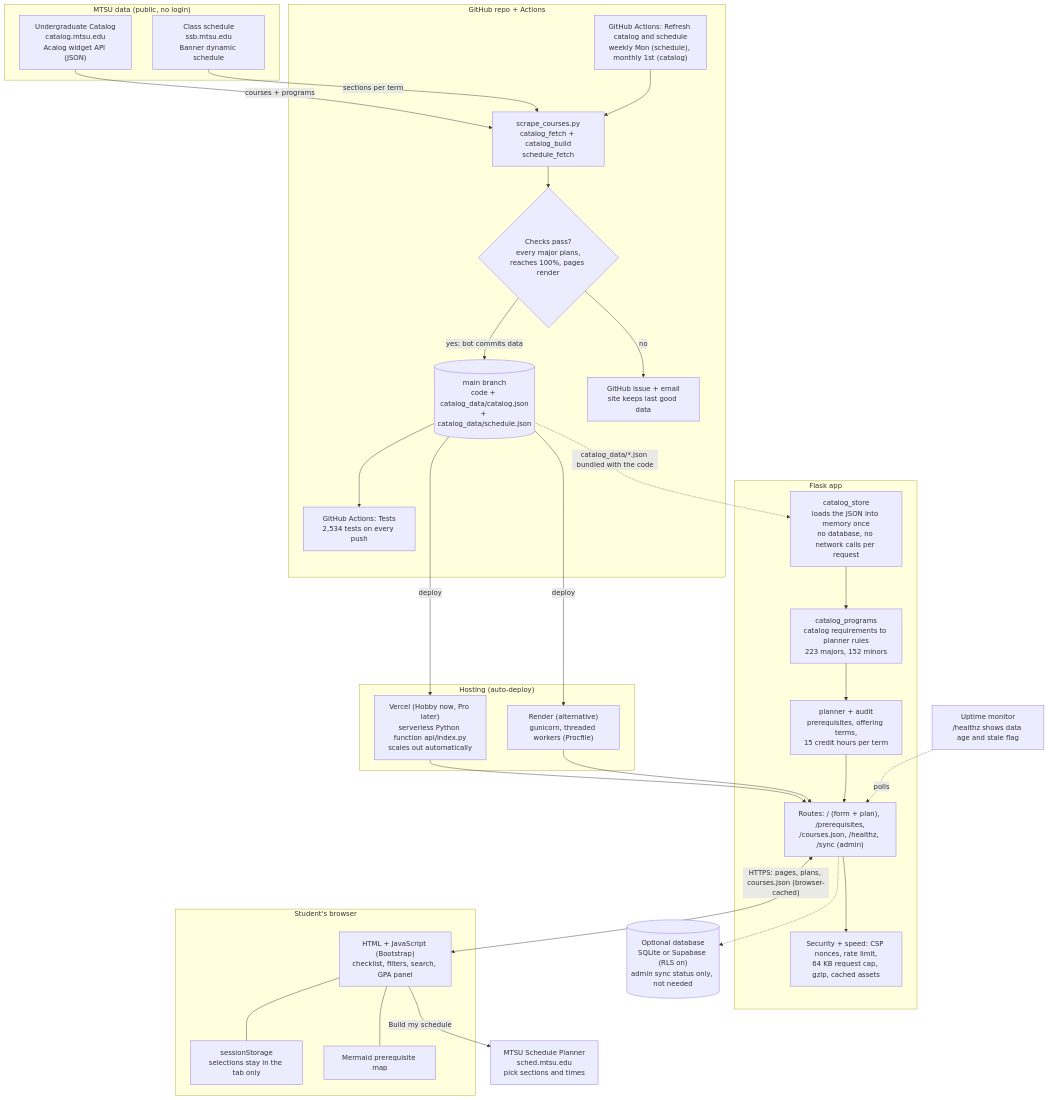
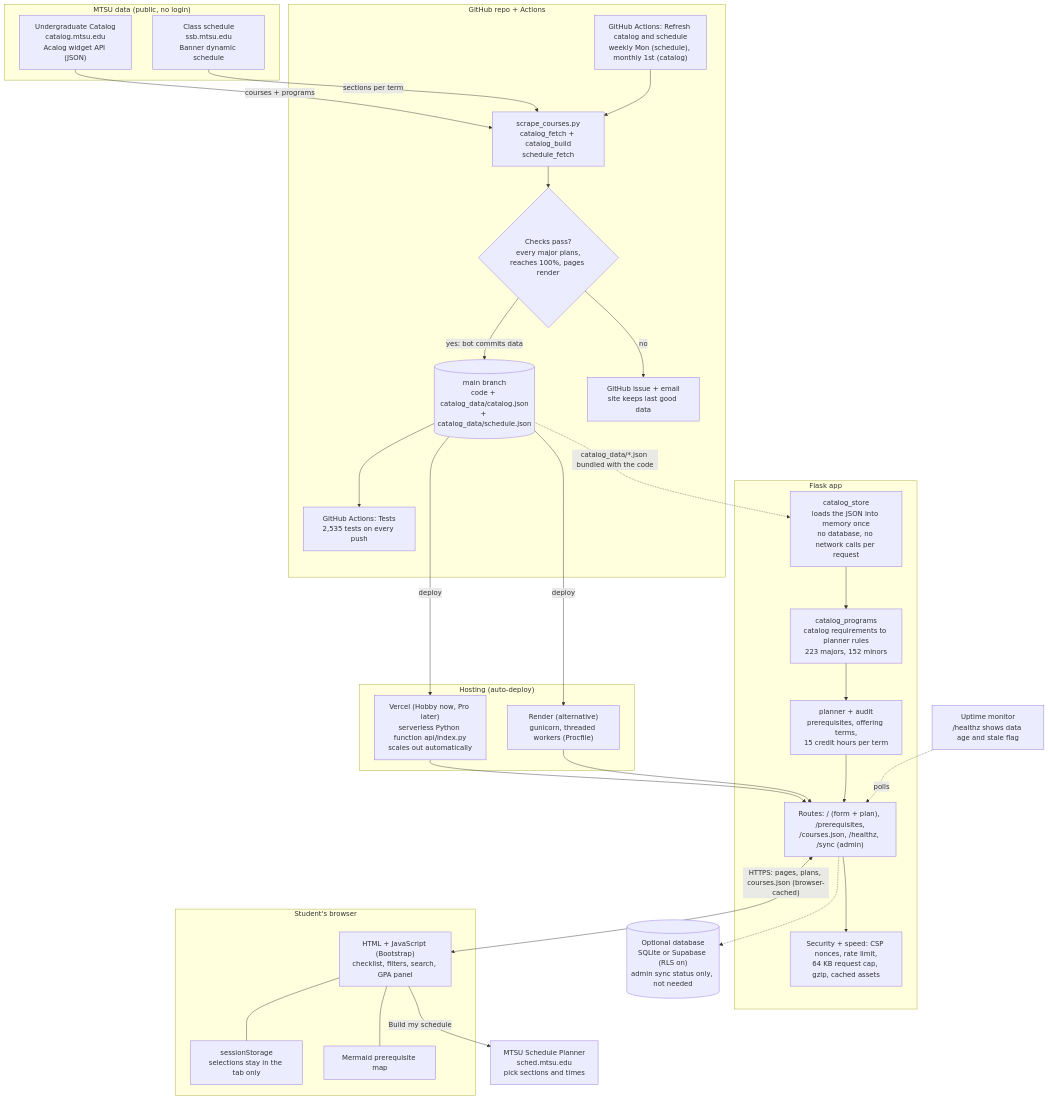
One commit to stevenGGG23/MTSU-GradPath changed the diagram in README.md. Above: the diagram before and after it, drawn with Mermaid. The commit also changed other lines of this file and 5 other files, not shown here.

````diff
--- a/README.md
+++ b/README.md
@@ -292,60 +296,60 @@
 ```mermaid
 flowchart TB
     subgraph MTSU["MTSU data (public, no login)"]
         CAT["Undergraduate Catalog<br/>catalog.mtsu.edu<br/>Acalog widget API (JSON)"]
         SCH["Class schedule<br/>ssb.mtsu.edu<br/>Banner dynamic schedule"]
     end
 
     subgraph GH["GitHub repo + Actions"]
         REFRESH["GitHub Actions: Refresh catalog and schedule<br/>weekly Mon (schedule), monthly 1st (catalog)"]
         EXPORT["scrape_courses.py<br/>catalog_fetch + catalog_build<br/>schedule_fetch"]
         GATE{"Checks pass?<br/>every major plans,<br/>reaches 100%, pages render"}
         REPO[("main branch<br/>code + catalog_data/catalog.json<br/>+ catalog_data/schedule.json")]
         ISSUE["GitHub issue + email<br/>site keeps last good data"]
-        TESTS["GitHub Actions: Tests<br/>2,534 tests on every push"]
+        TESTS["GitHub Actions: Tests<br/>2,535 tests on every push"]
     end
 
     subgraph HOST["Hosting (auto-deploy)"]
         VERCEL["Vercel (Hobby now, Pro later)<br/>serverless Python function api/index.py<br/>scales out automatically"]
         RENDER["Render (alternative)<br/>gunicorn, threaded workers (Procfile)"]
     end
 
     subgraph APP["Flask app"]
         STORE["catalog_store<br/>loads the JSON into memory once<br/>no database, no network calls per request"]
         CONVERT["catalog_programs<br/>catalog requirements to planner rules<br/>223 majors, 152 minors"]
         PLAN["planner + audit<br/>prerequisites, offering terms,<br/>15 credit hours per term"]
         ROUTES["Routes: / (form + plan), /prerequisites,<br/>/courses.json, /healthz, /sync (admin)"]
         HARDEN["Security + speed: CSP nonces, rate limit,<br/>64 KB request cap, gzip, cached assets"]
     end
 
     subgraph USER["Student's browser"]
         PAGE["HTML + JavaScript (Bootstrap)<br/>checklist, filters, search, GPA panel"]
         LOCAL["sessionStorage<br/>selections stay in the tab only"]
         MERMAID["Mermaid prerequisite map"]
     end
 
     SP["MTSU Schedule Planner<br/>sched.mtsu.edu<br/>pick sections and times"]
 
     DB[("Optional database<br/>SQLite or Supabase (RLS on)<br/>admin sync status only, not needed")]
     MON["Uptime monitor<br/>/healthz shows data age and stale flag"]
 
     CAT -->|"courses + programs"| EXPORT
     SCH -->|"sections per term"| EXPORT
     REFRESH --> EXPORT --> GATE
     GATE -->|"yes: bot commits data"| REPO
     GATE -->|"no"| ISSUE
     REPO --> TESTS
     REPO -->|"deploy"| VERCEL
     REPO -->|"deploy"| RENDER
     VERCEL --> ROUTES
     RENDER --> ROUTES
     ROUTES --> HARDEN
     STORE --> CONVERT --> PLAN --> ROUTES
     REPO -.->|"catalog_data/*.json bundled with the code"| STORE
     ROUTES <-->|"HTTPS: pages, plans, courses.json (browser-cached)"| PAGE
     PAGE --- LOCAL
     PAGE --- MERMAID
     PAGE -->|"Build my schedule"| SP
     ROUTES -.-> DB
     MON -.->|"polls"| ROUTES
 ```
````
